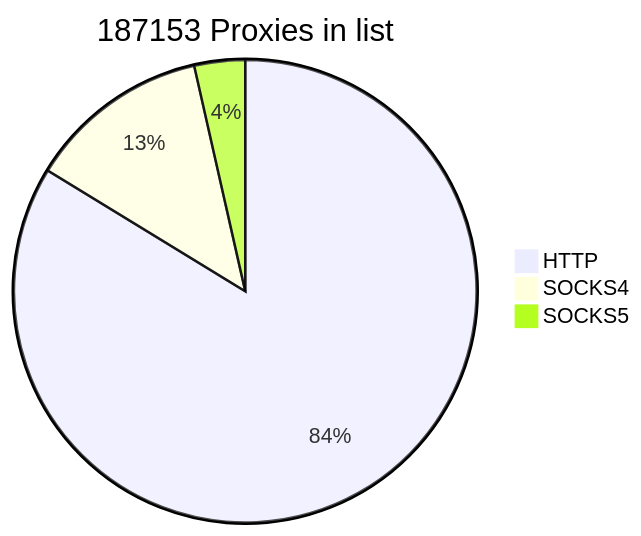
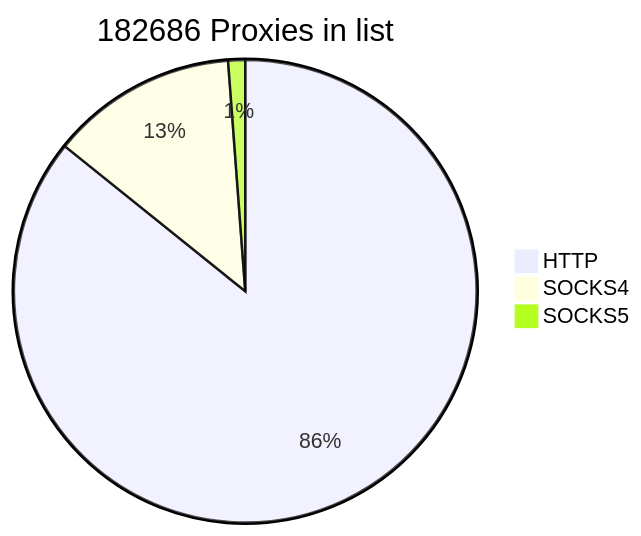
One commit to cutipu/proxylist changed the first of 2 diagrams in README.md. Above: the diagram before and after it, drawn with Mermaid. The commit also changed other lines of this file, not shown here.

````diff
--- a/README.md
+++ b/README.md
@@ -2,7 +2,7 @@
 ```mermaid
-pie title 187153 Proxies in list
+pie title 182686 Proxies in list
     "HTTP" : 156701
-    "SOCKS4" : 23819
-    "SOCKS5" : 6633
+    "SOCKS4" : 23818
+    "SOCKS5" : 2167
             
 ```
````
